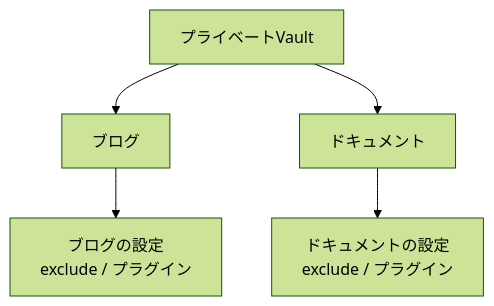
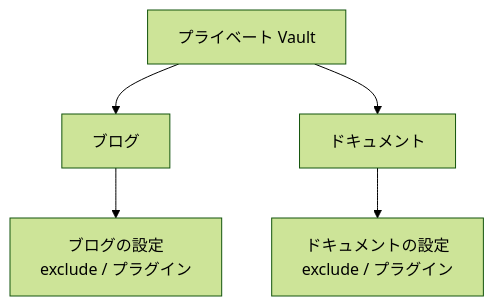
One commit to Rerurate514/riebeckite changed the third of 3 diagrams in docs/docs/guides/deployment/separate-content-repository/concepts.ja.md. Above: the diagram before and after it, drawn with Mermaid (forest theme). The commit also changed other lines of this file and 32 other files, not shown here.

Commit message:
ドキュメントの日本語推敲と図・リンクの破損修正

````diff
--- a/docs/docs/guides/deployment/separate-content-repository/concepts.ja.md
+++ b/docs/docs/guides/deployment/separate-content-repository/concepts.ja.md
@@ -145,10 +148,10 @@
 ```mermaid
 flowchart TD
-    Vault["プライベートVault"]
+    Vault["プライベート Vault"]
 
     Vault --> Blog["ブログ"]
     Vault --> Docs["ドキュメント"]
 
     Blog --> BlogRules["ブログの設定<br/>exclude / プラグイン"]
     Docs --> DocsRules["ドキュメントの設定<br/>exclude / プラグイン"]
 ```
````
